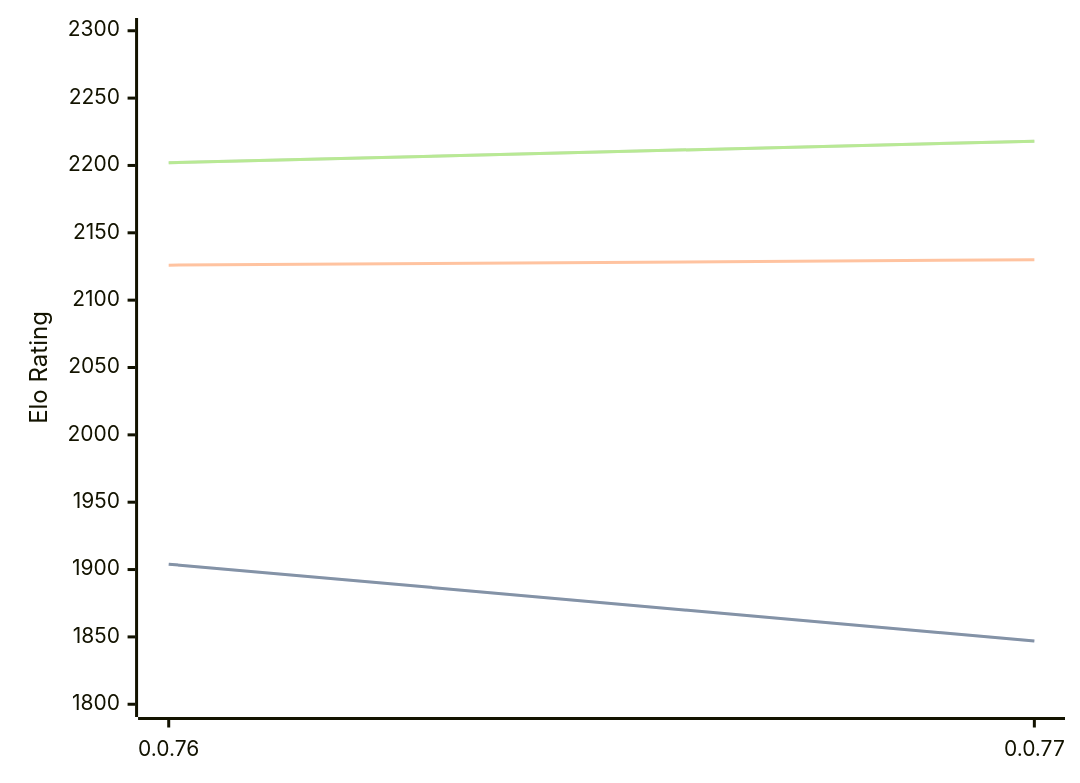
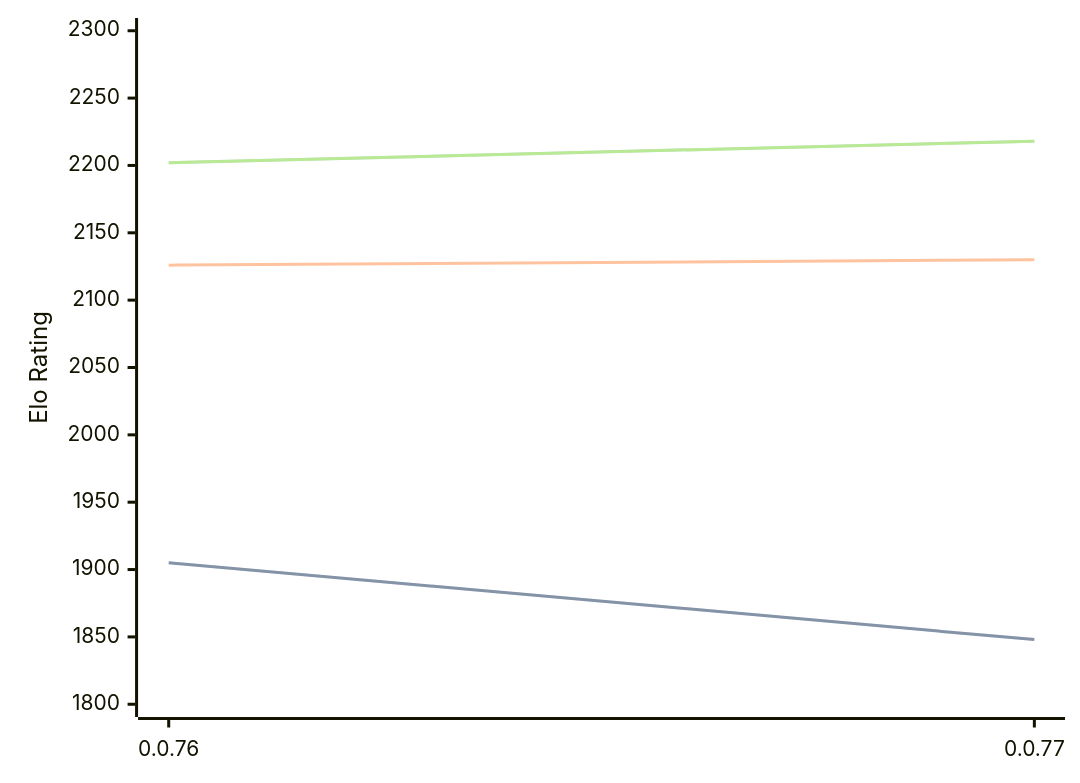
One commit to computer-chess-index/cci changed the diagram in engines/Fktb.md. Above: the diagram before and after it, drawn with Mermaid. The commit also changed other lines of this file, not shown here.

````diff
--- a/engines/Fktb.md
+++ b/engines/Fktb.md
@@ -32,11 +32,11 @@
 ```mermaid
 %%{init: {"theme":"base","themeVariables":{"seriesColors:['#a3a3a3','#222221','#faa371']}}}%%
 xychart-beta
   x-axis ["0.0.76", "0.0.77"]
   y-axis "Elo Rating" 1800 --> 2300
-  line "STC (8.0+0.08s)" [1904, 1847]
-  line "STC (8.0+0.08s)" [1904, 1847]
+  line "STC (8.0+0.08s)" [1905, 1848]
+  line "STC (8.0+0.08s)" [1905, 1848]
   line "LTC (60.0+0.60s)" [2126, 2130]
   line "VLTC (2m24s+1.12s)" [2202, 2218]
   line "VLTC (2m24s+1.12s)" [2202, 2218]
 ```
````
